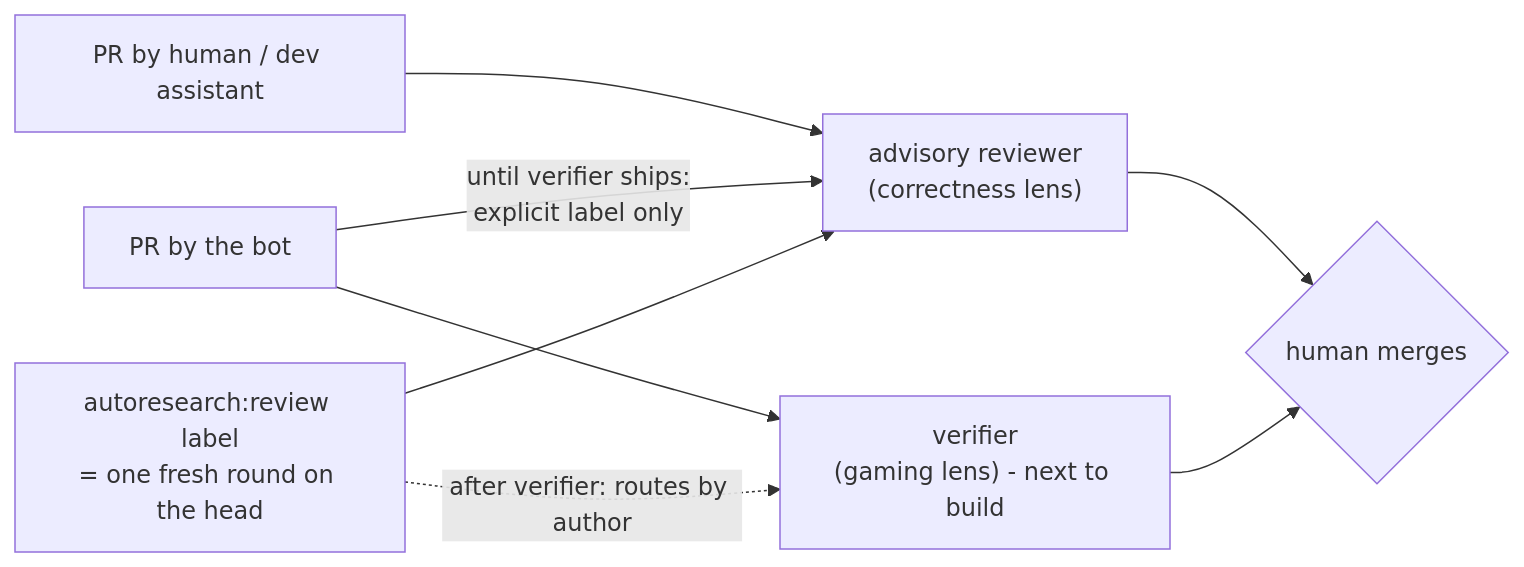
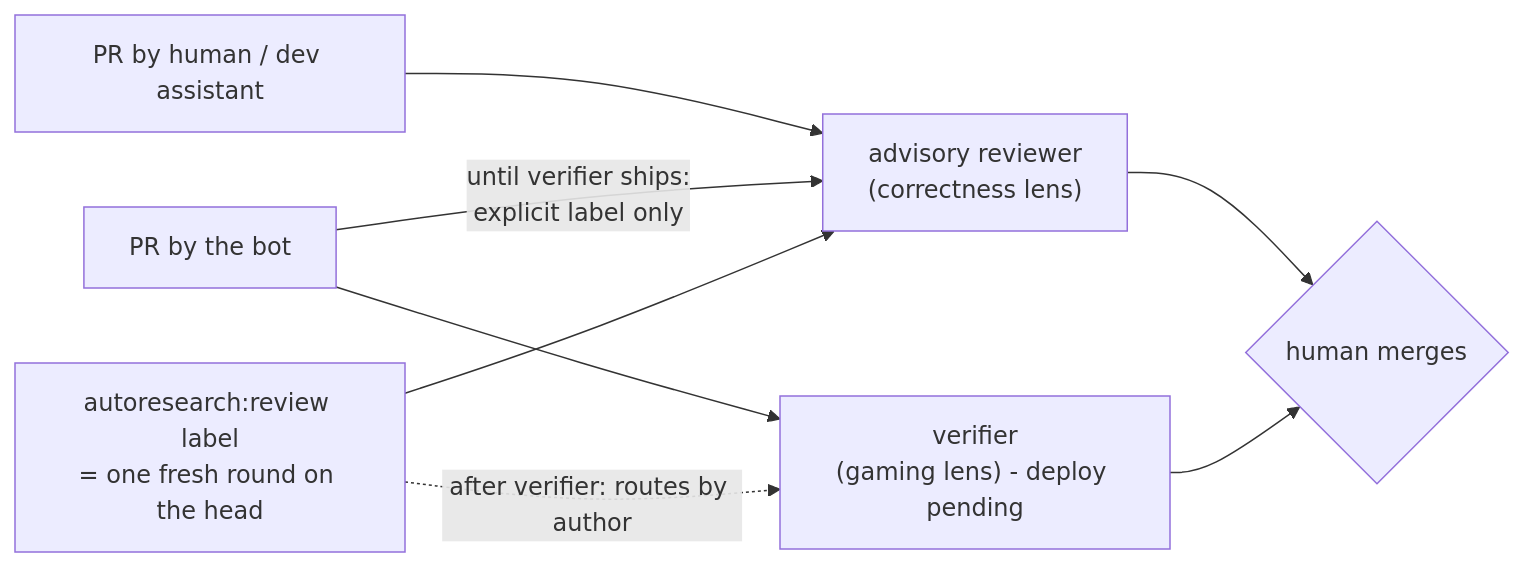
Before and after one commit to outerloop-science/outerloop: the fourth of 4 diagrams in docs/design/roles.md, drawn with Mermaid. The commit also changed other lines of this file and 9 other files, not shown here.

First line of the commit message:
The verifier: integrity reads of bot-authored PRs

````diff
--- a/docs/design/roles.md
+++ b/docs/design/roles.md
@@ -189,10 +189,10 @@
 ```mermaid
 flowchart LR
     HPR["PR by human / dev assistant"] --> AR["advisory reviewer<br/>(correctness lens)"]
-    BPR["PR by the bot"] --> VF["verifier<br/>(gaming lens) - next to build"]
+    BPR["PR by the bot"] --> VF["verifier<br/>(gaming lens) - deploy pending"]
     BPR -->|"until verifier ships:<br/>explicit label only"| AR
     AR --> HM{human merges}
     VF --> HM
     L["autoresearch:review label<br/>= one fresh round on the head"] --> AR
     L -.->|"after verifier: routes by author"| VF
 ```
````
